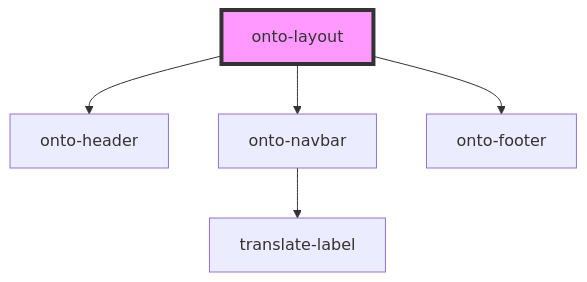
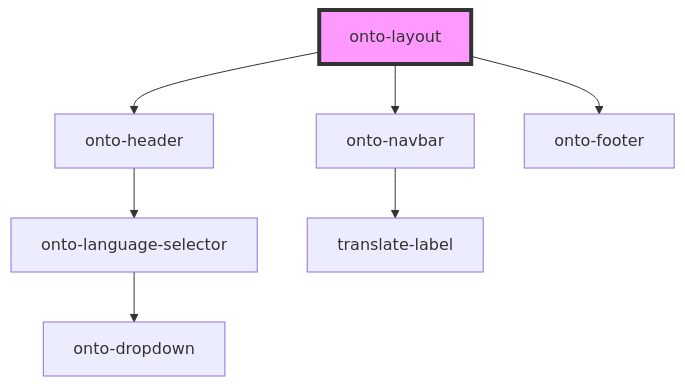
The diagram in packages/shared-components/src/components/onto-layout/readme.md (Ontotext-AD/graphdb-workbench), drawn with Mermaid before and after one commit. The commit also changed 18 other files, not shown here.

First line of the commit message:
GDB-10570: Introduce Language Selector

````diff
--- a/packages/shared-components/src/components/onto-layout/readme.md
+++ b/packages/shared-components/src/components/onto-layout/readme.md
@@ -17,8 +17,10 @@
 ```mermaid
 graph TD;
   onto-layout --> onto-header
   onto-layout --> onto-navbar
   onto-layout --> onto-footer
+  onto-header --> onto-language-selector
+  onto-language-selector --> onto-dropdown
   onto-navbar --> translate-label
   style onto-layout fill:#f9f,stroke:#333,stroke-width:4px
 ```
````
